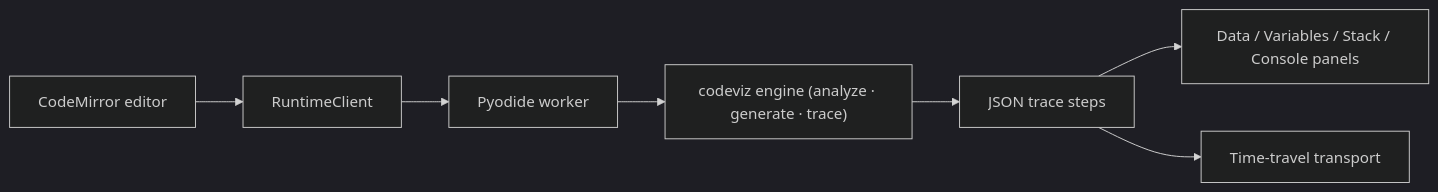
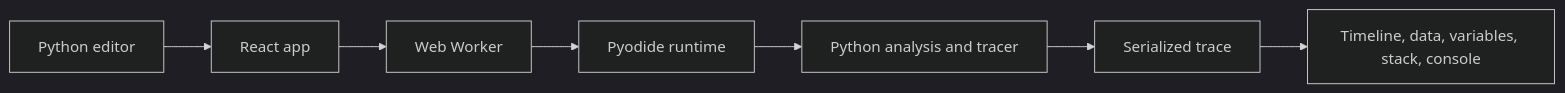
One commit to harsit14/code_visualizer changed the diagram in README.md. Above: the diagram before and after it, drawn with Mermaid (dark theme). The commit also changed other lines of this file and 2 other files, not shown here.

````diff
--- a/README.md
+++ b/README.md
@@ -85,9 +64,9 @@
 ```mermaid
 flowchart LR
-  Editor["CodeMirror editor"] --> Client["RuntimeClient"]
-  Client --> Worker["Pyodide worker"]
-  Worker --> Engine["codeviz engine (analyze · generate · trace)"]
-  Engine --> Steps["JSON trace steps"]
-  Steps --> UI["Data / Variables / Stack / Console panels"]
-  Steps --> Transport["Time-travel transport"]
+  Editor["Python editor"] --> UI["React app"]
+  UI --> Worker["Web Worker"]
+  Worker --> Pyodide["Pyodide runtime"]
+  Pyodide --> Engine["Python analysis and tracer"]
+  Engine --> Trace["Serialized trace"]
+  Trace --> Panels["Timeline, data, variables, stack, console"]
 ```
````
